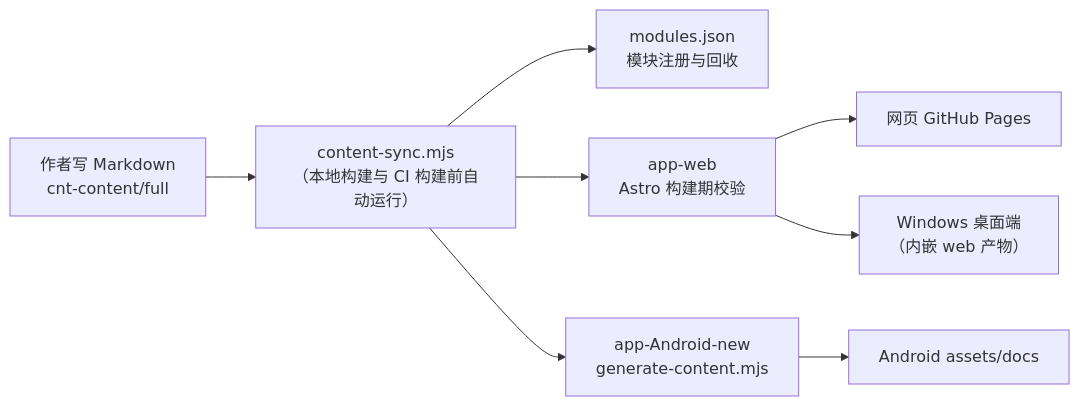
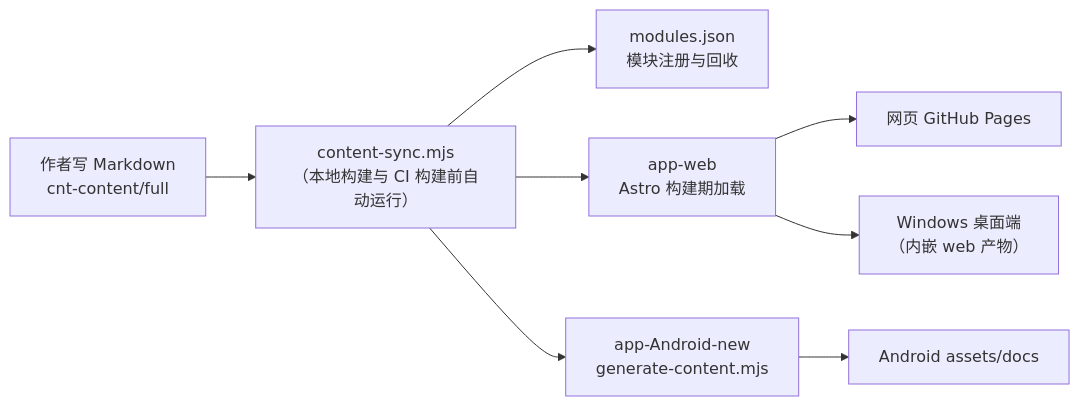
The diagram in CONTENT-GUIDE.md (fanquanpp/FANDEX), drawn with Mermaid before and after one commit. The commit also changed other lines of this file and 9 other files, not shown here.

````diff
--- a/CONTENT-GUIDE.md
+++ b/CONTENT-GUIDE.md
@@ -17,10 +17,10 @@
 ```mermaid
 flowchart LR
     A["作者写 Markdown<br/>cnt-content/full"] --> B["content-sync.mjs<br/>（本地构建与 CI 构建前自动运行）"]
     B --> C["modules.json<br/>模块注册与回收"]
-    B --> D["app-web<br/>Astro 构建期校验"]
+    B --> D["app-web<br/>Astro 构建期加载"]
     B --> E["app-Android-new<br/>generate-content.mjs"]
     D --> F["网页 GitHub Pages"]
     D --> G["Windows 桌面端<br/>（内嵌 web 产物）"]
     E --> H["Android assets/docs"]
 ```
````
